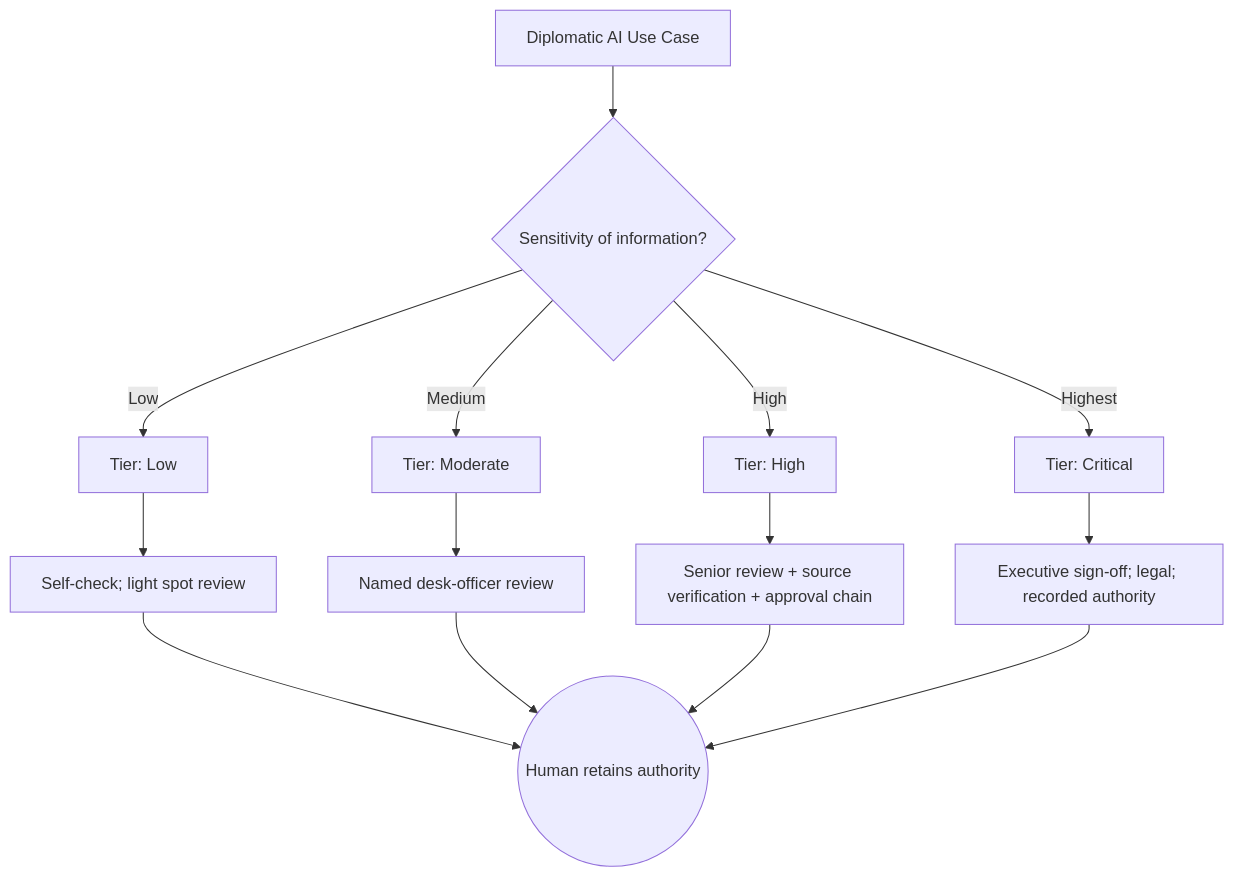
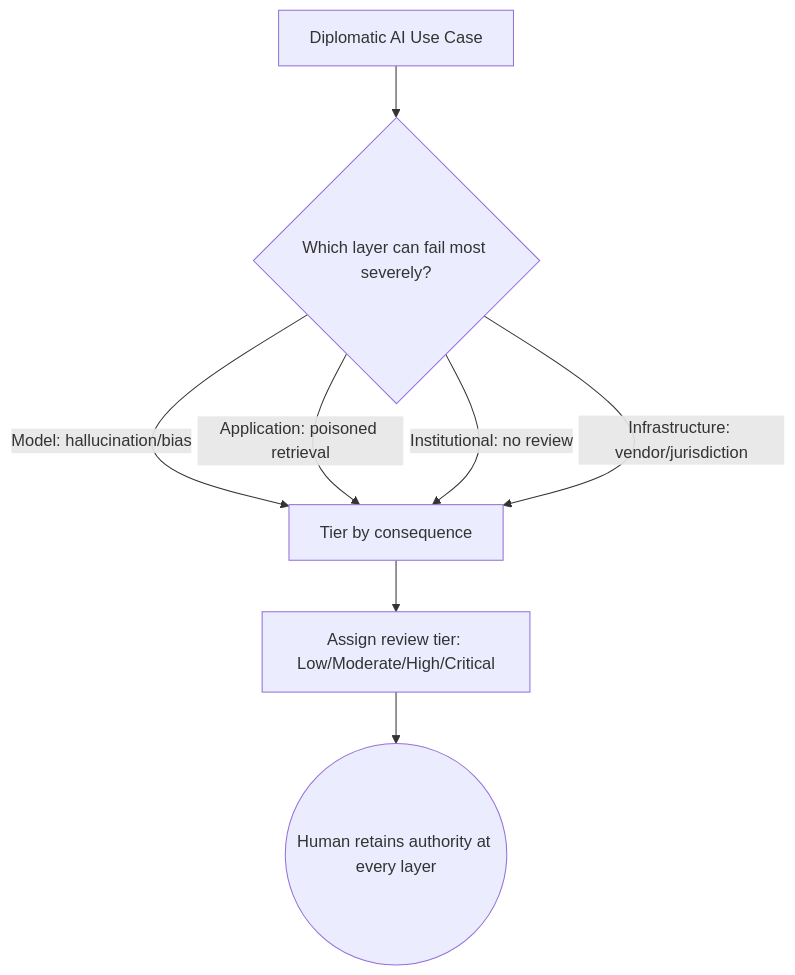
The second of 7 diagrams in public/outreach/idfr-diplomacy/chapter5-draft-v1.md (Sinar/BankBench), drawn with Mermaid before and after one commit. The commit also changed other lines of this file and 3 other files, not shown here.

````diff
--- a/public/outreach/idfr-diplomacy/chapter5-draft-v1.md
+++ b/public/outreach/idfr-diplomacy/chapter5-draft-v1.md
@@ -73,16 +78,10 @@
 ```mermaid
 flowchart TD
-    A[Diplomatic AI Use Case] --> B{Sensitivity of information?}
-    B -->|Low| C[Tier: Low]
-    B -->|Medium| D[Tier: Moderate]
-    B -->|High| E[Tier: High]
-    B -->|Highest| F[Tier: Critical]
-    C --> G[Self-check; light spot review]
-    D --> H[Named desk-officer review]
-    E --> I[Senior review + source verification + approval chain]
-    F --> J[Executive sign-off; legal; recorded authority]
-    G --> K((Human retains authority))
-    H --> K
-    I --> K
-    J --> K
+    A[Diplomatic AI Use Case] --> B{Which layer can fail most severely?}
+    B -->|Model: hallucination/bias| C[Tier by consequence]
+    B -->|Application: poisoned retrieval| C
+    B -->|Institutional: no review| C
+    B -->|Infrastructure: vendor/jurisdiction| C
+    C --> D[Assign review tier: Low/Moderate/High/Critical]
+    D --> E((Human retains authority at every layer))
 ```
````
